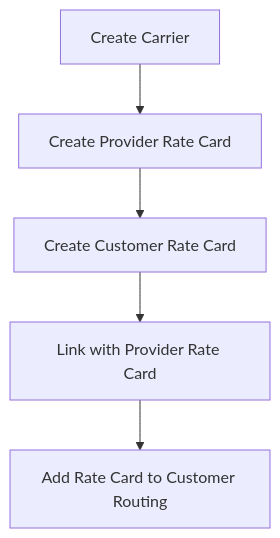
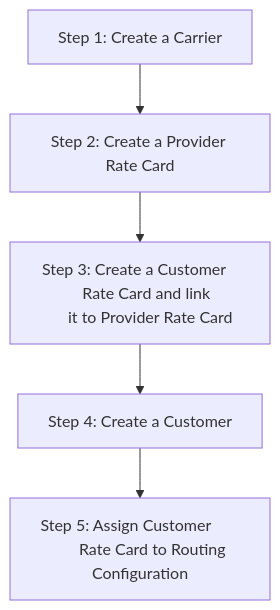
One commit to connexcs/docs changed the diagram in docs/getting-started.md. Above: the diagram before and after it, drawn with Mermaid. The commit also changed other lines of this file, not shown here.

````diff
--- a/docs/getting-started.md
+++ b/docs/getting-started.md
@@ -191,7 +207,7 @@
 ```mermaid
-    graph TD;
-        A[Create Carrier] --> B[Create Provider Rate Card];
-        B --> C[Create Customer Rate Card];
-        C --> D[Link with Provider Rate Card];
-        D --> E[Add Rate Card to Customer Routing];
+graph TD
+    A[Step 1: Create a Carrier] --> B[Step 2: Create a Provider Rate Card]
+    B --> C[Step 3: Create a Customer             Rate Card and link            it to Provider Rate Card]
+    C --> D[Step 4: Create a Customer]
+    D --> E[Step 5: Assign Customer              Rate Card to Routing Configuration]
 ```
````
